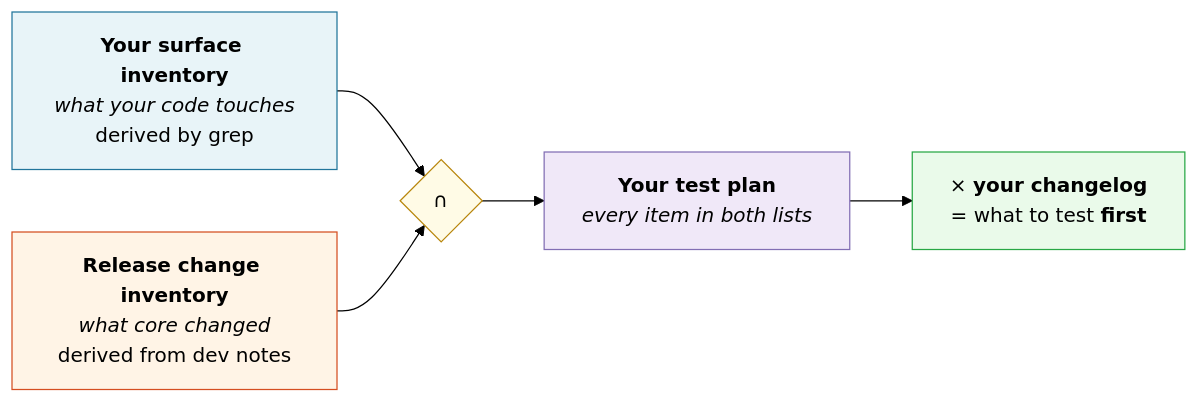
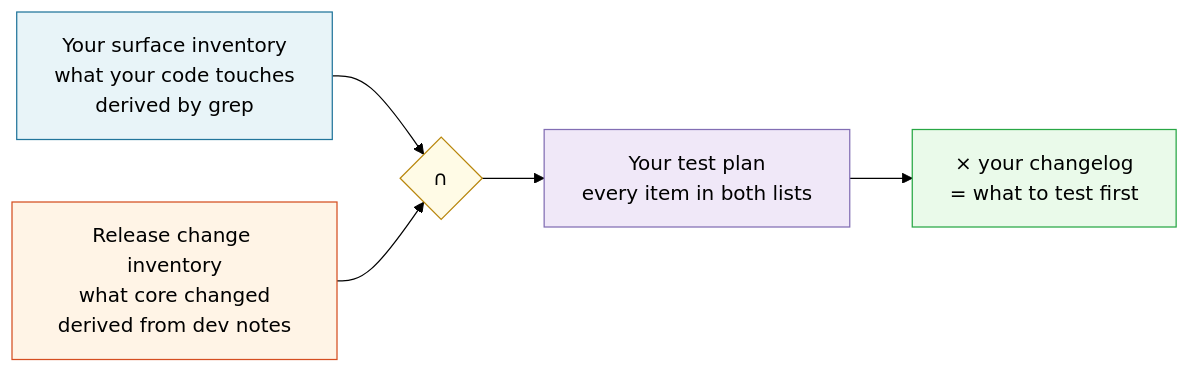
One commit to courtneyr-dev/wp-release-audit-method changed the diagram in plugin-theme-authors/release-diff-method.md. Above: the diagram before and after it, drawn with Mermaid (forest theme). The commit also changed 4 other files, not shown here.

First line of the commit message:
🐛 Strip HTML tags from mermaid labels so GitHub will render the diagrams

````diff
--- a/plugin-theme-authors/release-diff-method.md
+++ b/plugin-theme-authors/release-diff-method.md
@@ -20,15 +20,15 @@
 ```mermaid
 flowchart LR
-    A["<b>Your surface inventory</b><br/><i>what your code touches</i><br/>derived by grep"]
-    B["<b>Release change inventory</b><br/><i>what core changed</i><br/>derived from dev notes"]
+    A["Your surface inventory<br/>what your code touches<br/>derived by grep"]
+    B["Release change inventory<br/>what core changed<br/>derived from dev notes"]
     A --> C{"∩"}
     B --> C
-    C --> D["<b>Your test plan</b><br/><i>every item in both lists</i>"]
-    D --> E["× <b>your changelog</b><br/>= what to test <b>first</b>"]
+    C --> D["Your test plan<br/>every item in both lists"]
+    D --> E["× your changelog<br/>= what to test first"]
 
     style A fill:#e8f4f8,stroke:#21759B,color:#000
     style B fill:#fff4e6,stroke:#D54E21,color:#000
     style C fill:#fffbe6,stroke:#b8860b,color:#000
     style D fill:#f0e8f8,stroke:#826EB4,color:#000
     style E fill:#eafaea,stroke:#28a745,color:#000
 ```
````
